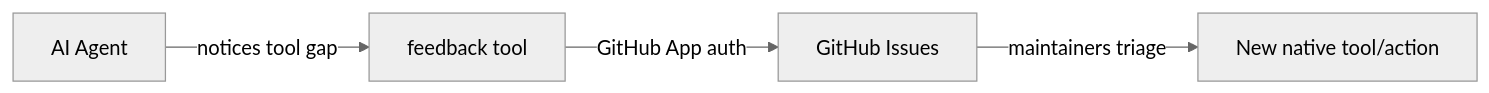
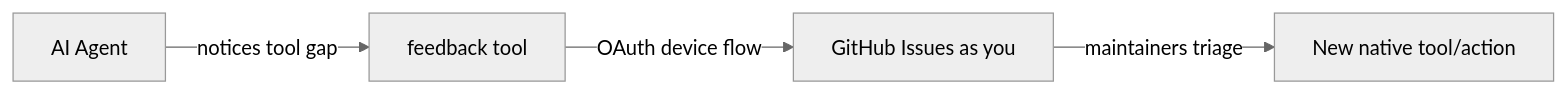
The diagram in docs/feedback.md (db-lyon/ue-mcp), drawn with Mermaid (neutral theme) before and after one commit. The commit also changed other lines of this file and 3 other files, not shown here.

First line of the commit message:
feat(feedback): author issues as the real GitHub user via OAuth device flow

````diff
--- a/docs/feedback.md
+++ b/docs/feedback.md
@@ -7,6 +7,6 @@
 ```mermaid
 flowchart LR
     Agent[AI Agent] -->|notices tool gap| FT[feedback tool]
-    FT -->|GitHub App auth| GH[GitHub Issues]
+    FT -->|OAuth device flow| GH[GitHub Issues as you]
     GH -->|maintainers triage| Fix[New native tool/action]
 ```
````
